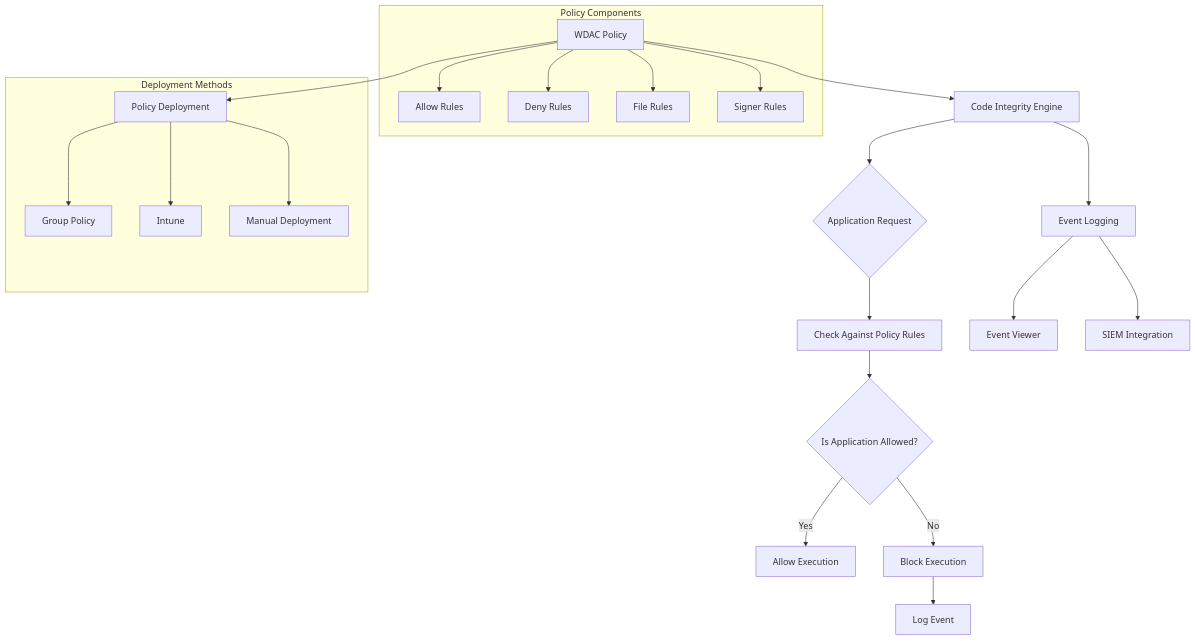
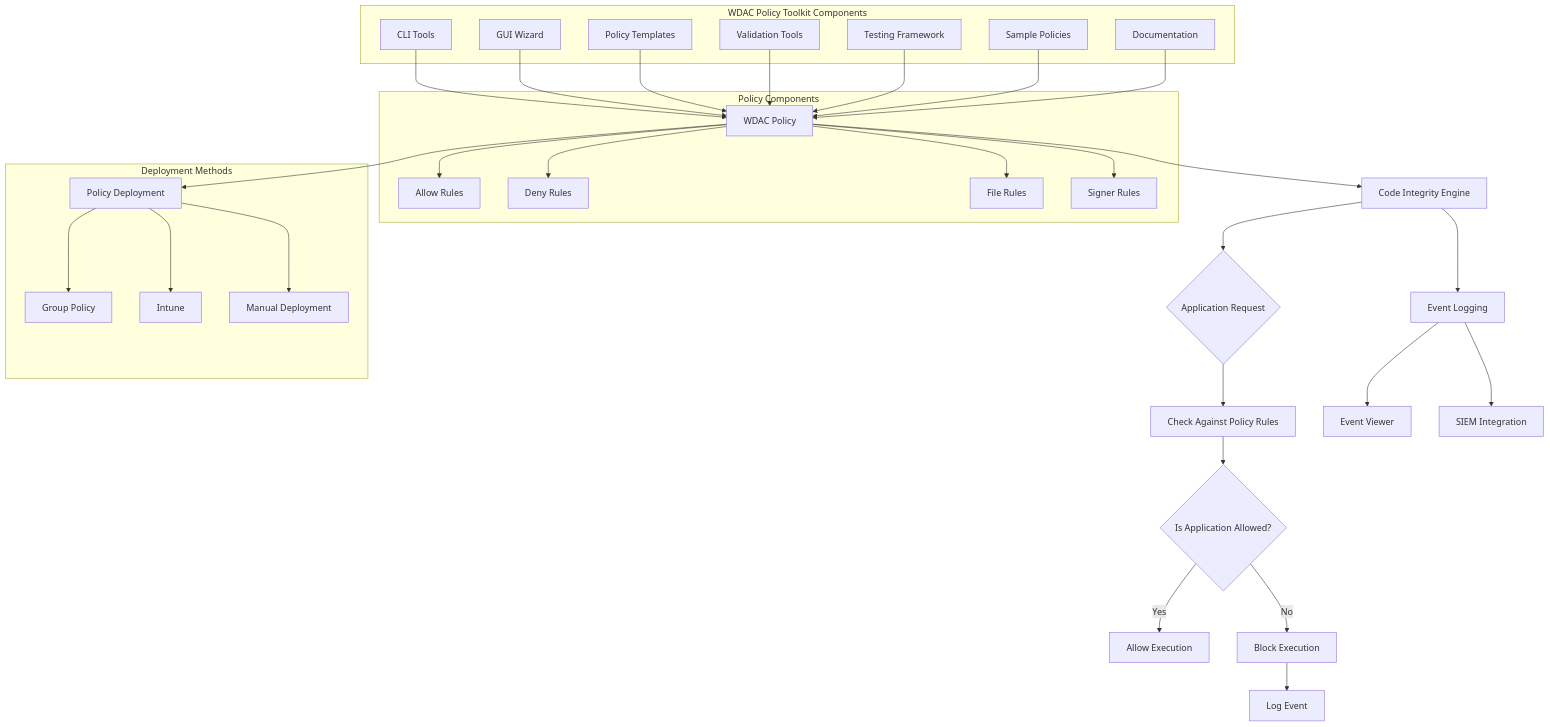
The diagram in architecture/WDAC_Architecture.md (sakirm-icpl/WDAC-Enterprise-Security), drawn with Mermaid before and after one commit. The commit also changed other lines of this file and 15 other files, not shown here.

````diff
--- a/architecture/WDAC_Architecture.md
+++ b/architecture/WDAC_Architecture.md
@@ -5,38 +5,56 @@
 ```mermaid
 graph TB
     A[WDAC Policy] --> B[Code Integrity Engine]
     B --> C{Application Request}
     C --> D[Check Against Policy Rules]
     D --> E{Is Application Allowed?}
     E -->|Yes| F[Allow Execution]
     E -->|No| G[Block Execution]
     G --> H[Log Event]
     
     A --> I[Policy Deployment]
     I --> J[Group Policy]
     I --> K[Intune]
     I --> L[Manual Deployment]
     
     B --> M[Event Logging]
     M --> N[Event Viewer]
     M --> O[SIEM Integration]
     
     subgraph "Policy Components"
         A
         P[Allow Rules]
         Q[Deny Rules]
         R[File Rules]
         S[Signer Rules]
         A --> P
         A --> Q
         A --> R
         A --> S
     end
     
     subgraph "Deployment Methods"
         I
         J
         K
         L
     end
+    
+    subgraph "WDAC Policy Toolkit Components"
+        T[CLI Tools]
+        U[GUI Wizard]
+        V[Policy Templates]
+        W[Validation Tools]
+        X[Testing Framework]
+        Y[Sample Policies]
+        Z[Documentation]
+        
+        T --> A
+        U --> A
+        V --> A
+        W --> A
+        X --> A
+        Y --> A
+        Z --> A
+    end
 ```
````
